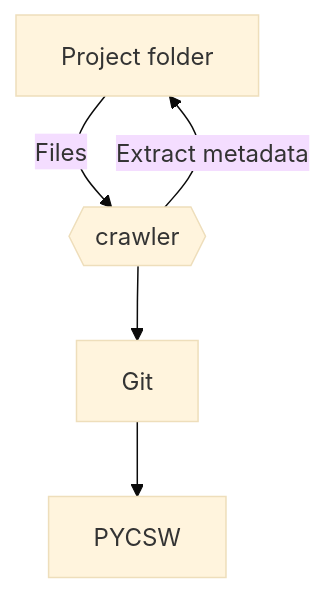
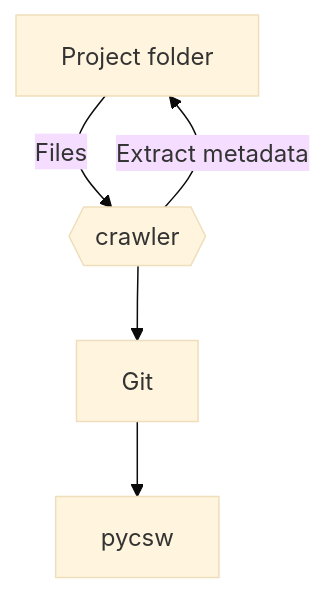
Before and after one commit to pvgenuchten/slides: the diagram in slides/fun-way-of-spatial-cataloguing.qmd, drawn with Mermaid (base theme). The commit also changed other lines of this file and 1 other file, not shown here.

````diff
--- a/slides/fun-way-of-spatial-cataloguing.qmd
+++ b/slides/fun-way-of-spatial-cataloguing.qmd
@@ -33,7 +35,7 @@
 ```{mermaid}
 flowchart TB
     P[Project folder] -->|Files| CI{{crawler}}
     CI -->|Extract metadata| P
     CI --> G[Git] 
-    G --> PYCSW
+    G --> pycsw
 ```
````
